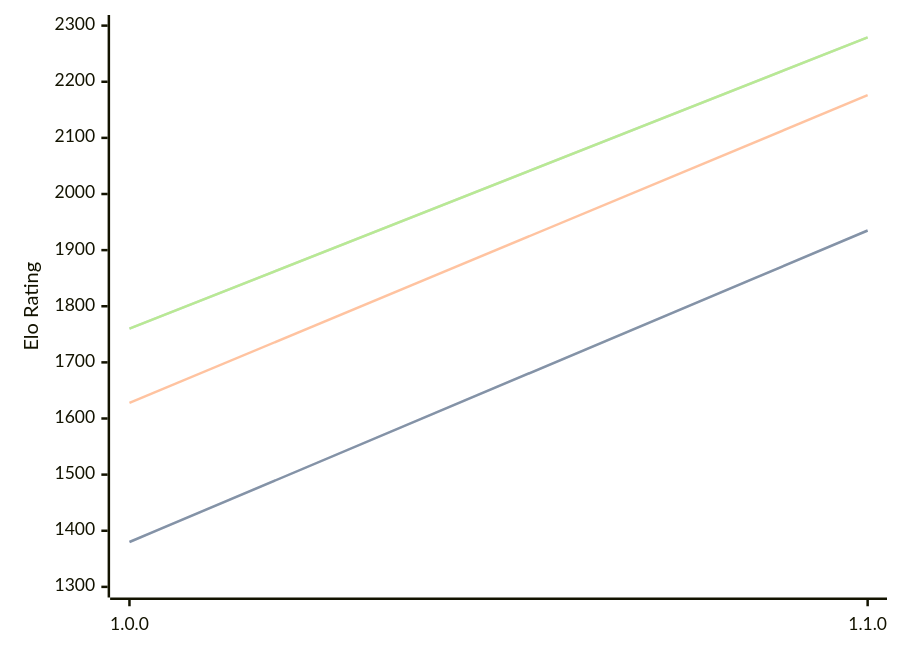
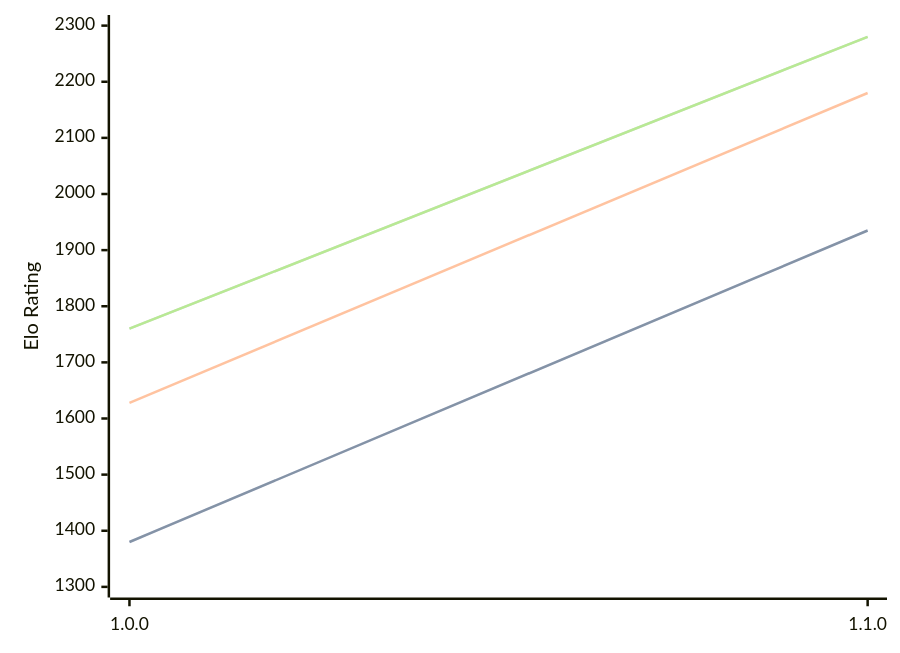
One commit to computer-chess-index/cci changed the diagram in engines/Akerbeltz.md. Above: the diagram before and after it, drawn with Mermaid. The commit also changed other lines of this file, not shown here.

Commit message:
Update CCI Ratings (ELO VLTC) - 2026-06-11

````diff
--- a/engines/Akerbeltz.md
+++ b/engines/Akerbeltz.md
@@ -32,11 +32,11 @@
 ```mermaid
 %%{init: {"theme":"base","themeVariables":{"seriesColors:['#a3a3a3','#222221','#faa371']}}}%%
 xychart-beta
   x-axis ["1.0.0", "1.1.0"]
   y-axis "Elo Rating" 1300 --> 2300
   line "STC (8.0+0.08s)" [1380, 1935]
   line "STC (8.0+0.08s)" [1380, 1935]
-  line "LTC (60.0+0.60s)" [1628, 2176]
-  line "VLTC (2m24s+1.12s)" [1760, 2279]
-  line "VLTC (2m24s+1.12s)" [1760, 2279]
+  line "LTC (60.0+0.60s)" [1628, 2180]
+  line "VLTC (2m24s+1.12s)" [1760, 2280]
+  line "VLTC (2m24s+1.12s)" [1760, 2280]
 ```
````
